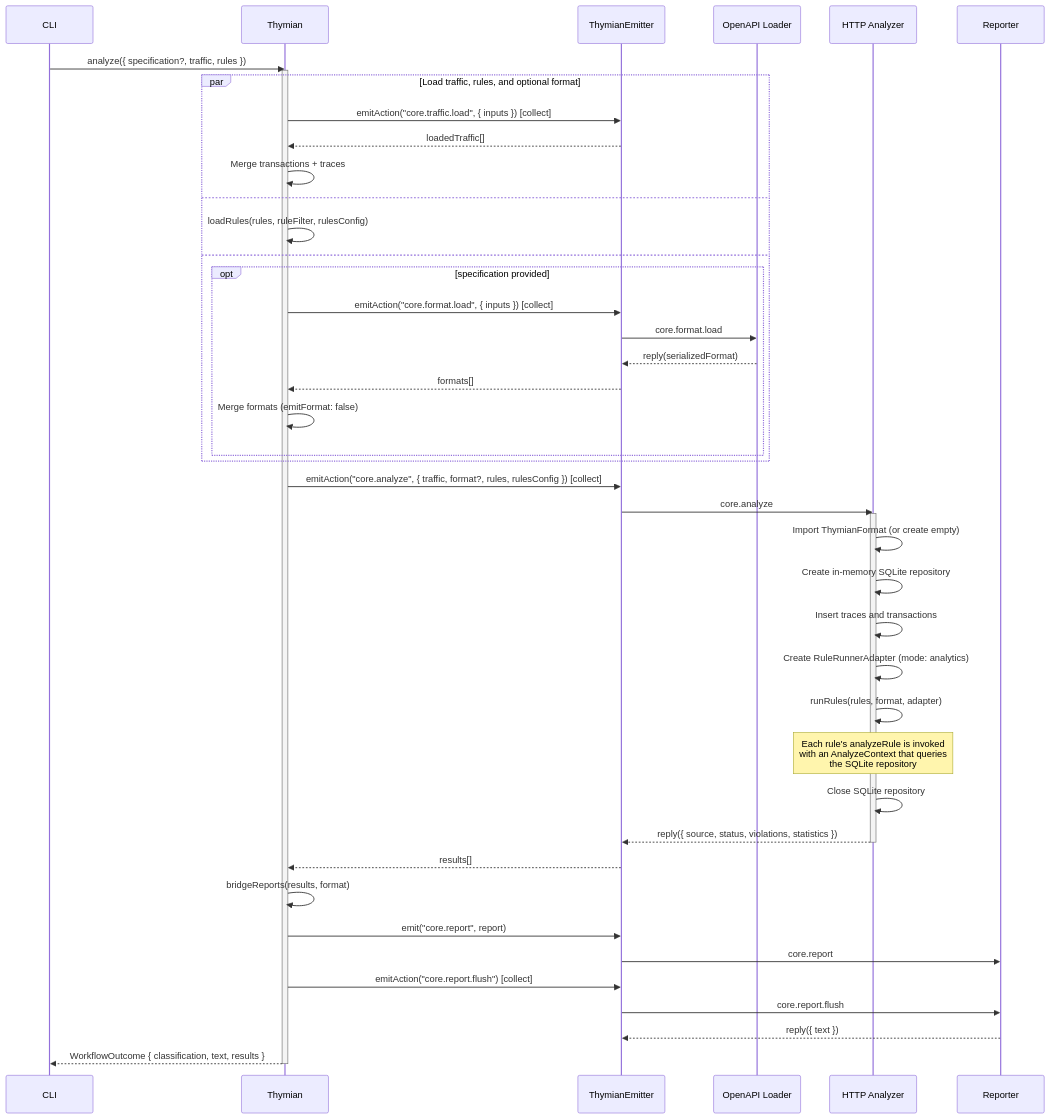
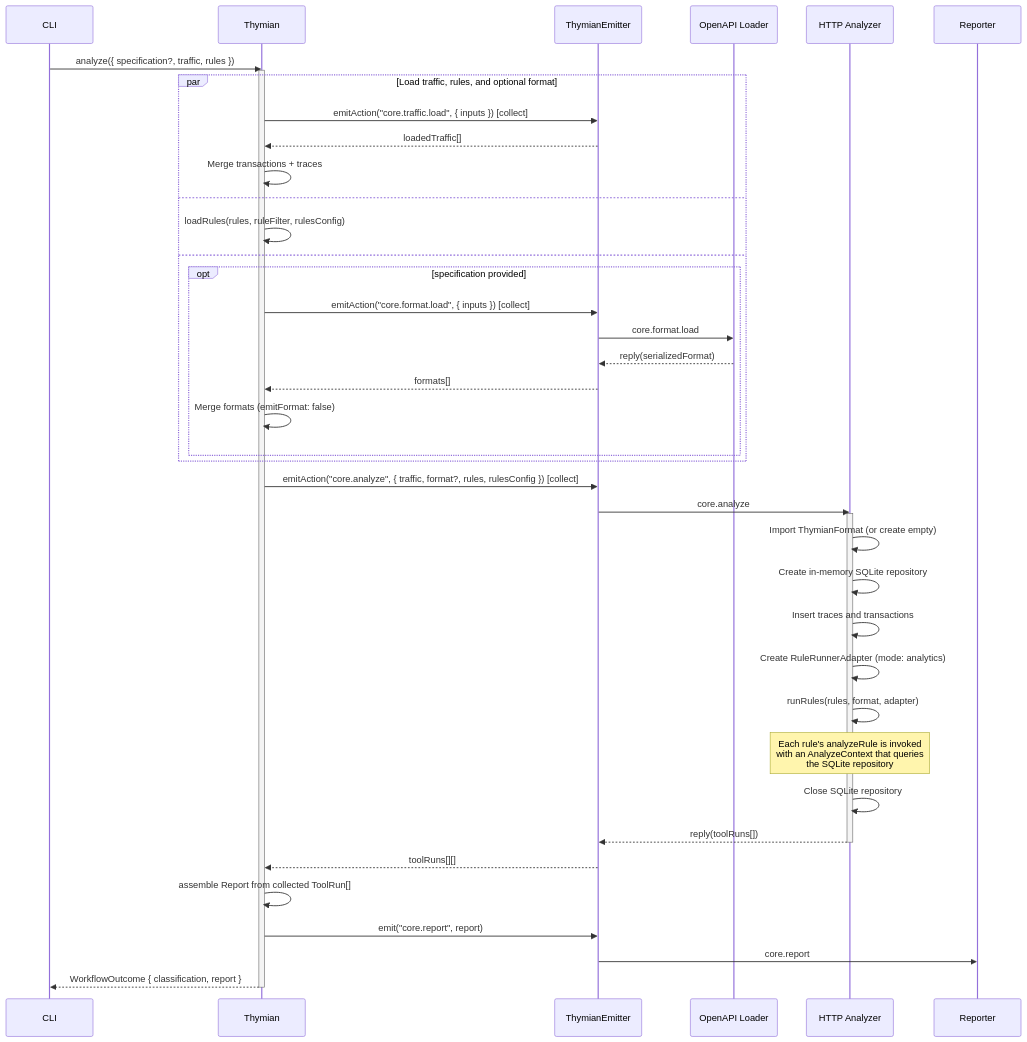
The fourth of 4 diagrams in docs/arc42/06-runtime-view.md (thymianofficial/thymian), drawn with Mermaid before and after one commit. The commit also changed other lines of this file and 126 other files, not shown here.

First line of the commit message:
feat: edit core for reporting of violations and findings

````diff
--- a/docs/arc42/06-runtime-view.md
+++ b/docs/arc42/06-runtime-view.md
@@ -198,57 +190,53 @@
 ```mermaid
 sequenceDiagram
   participant CLI as CLI
   participant T as Thymian
   participant E as ThymianEmitter
   participant OA as OpenAPI Loader
   participant HA as HTTP Analyzer
   participant R as Reporter
 
   CLI->>T: analyze({ specification?, traffic, rules })
   activate T
 
   par Load traffic, rules, and optional format
     T->>E: emitAction("core.traffic.load", { inputs }) [collect]
     E-->>T: loadedTraffic[]
     T->>T: Merge transactions + traces
   and
     T->>T: loadRules(rules, ruleFilter, rulesConfig)
   and
     opt specification provided
       T->>E: emitAction("core.format.load", { inputs }) [collect]
       E->>OA: core.format.load
       OA-->>E: reply(serializedFormat)
       E-->>T: formats[]
       T->>T: Merge formats (emitFormat: false)
     end
   end
 
   T->>E: emitAction("core.analyze", { traffic, format?, rules, rulesConfig }) [collect]
   E->>HA: core.analyze
   activate HA
 
   HA->>HA: Import ThymianFormat (or create empty)
   HA->>HA: Create in-memory SQLite repository
   HA->>HA: Insert traces and transactions
   HA->>HA: Create RuleRunnerAdapter (mode: analytics)
   HA->>HA: runRules(rules, format, adapter)
   Note over HA: Each rule's analyzeRule is invoked<br>with an AnalyzeContext that queries<br>the SQLite repository
 
   HA->>HA: Close SQLite repository
 
-  HA-->>E: reply({ source, status, violations, statistics })
+  HA-->>E: reply(toolRuns[])
   deactivate HA
 
-  E-->>T: results[]
+  E-->>T: toolRuns[][]
 
-  T->>T: bridgeReports(results, format)
+  T->>T: assemble Report from collected ToolRun[]
   T->>E: emit("core.report", report)
   E->>R: core.report
 
-  T->>E: emitAction("core.report.flush") [collect]
-  E->>R: core.report.flush
-  R-->>E: reply({ text })
-
-  T-->>CLI: WorkflowOutcome { classification, text, results }
+  T-->>CLI: WorkflowOutcome { classification, report }
   deactivate T
 ```
````
